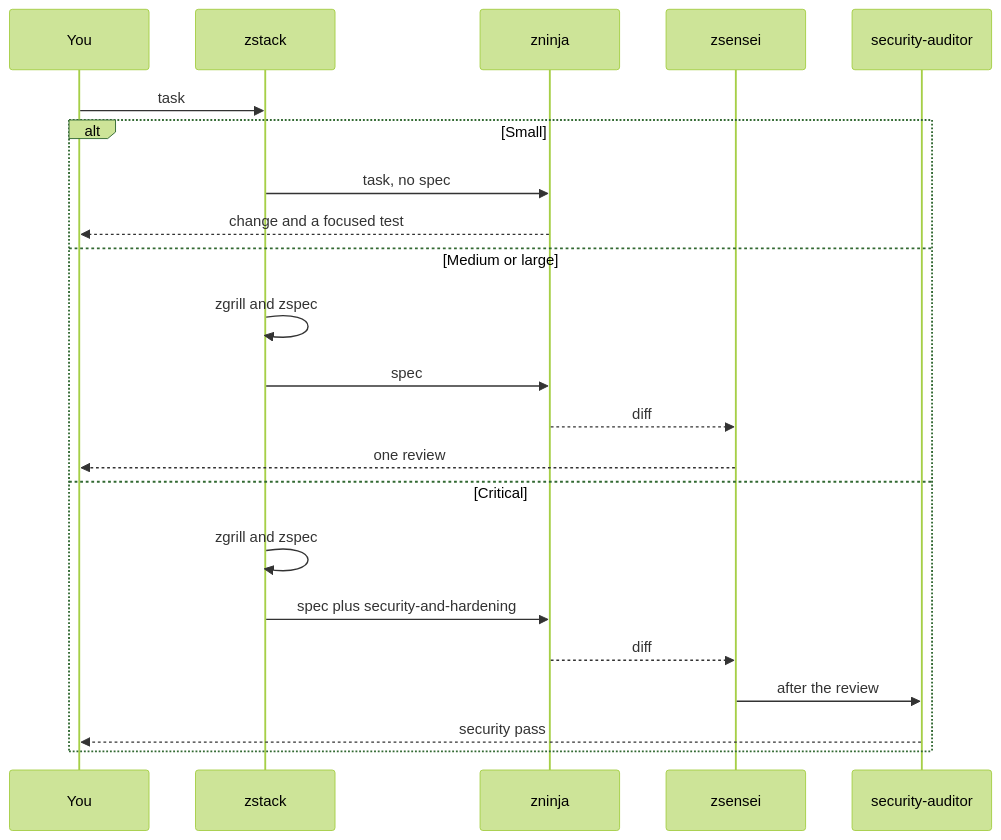
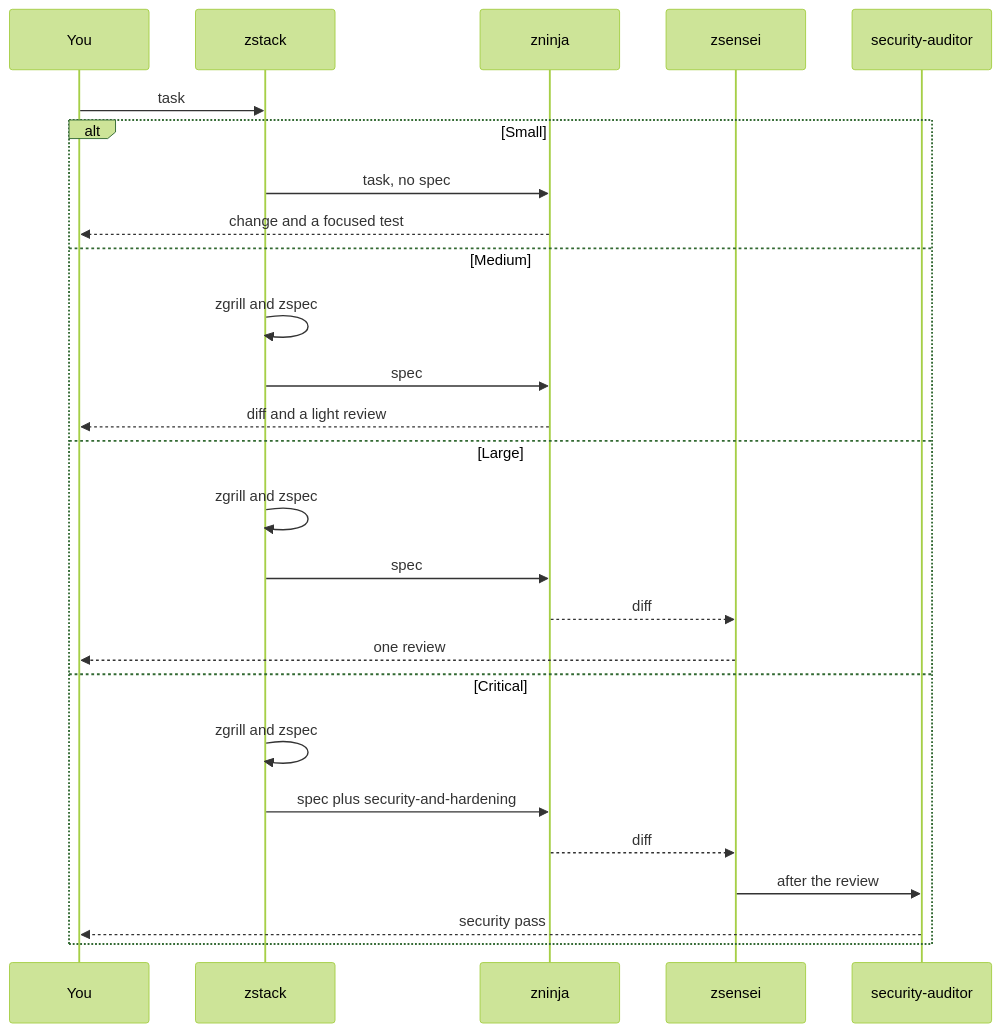
One commit to Byevenes/agent-workflow changed the second of 2 diagrams in docs/workflow.md. Above: the diagram before and after it, drawn with Mermaid (forest theme). The commit also changed other lines of this file and 19 other files, not shown here.

````diff
--- a/docs/workflow.md
+++ b/docs/workflow.md
@@ -22,25 +22,29 @@
 ```mermaid
 sequenceDiagram
   participant You
   participant Router as zstack
   participant Impl as zninja
   participant Review as zsensei
   participant Audit as security-auditor
 
   You->>Router: task
   alt Small
     Router->>Impl: task, no spec
     Impl-->>You: change and a focused test
-  else Medium or large
+  else Medium
+    Router->>Router: zgrill and zspec
+    Router->>Impl: spec
+    Impl-->>You: diff and a light review
+  else Large
     Router->>Router: zgrill and zspec
     Router->>Impl: spec
     Impl-->>Review: diff
     Review-->>You: one review
   else Critical
     Router->>Router: zgrill and zspec
     Router->>Impl: spec plus security-and-hardening
     Impl-->>Review: diff
     Review->>Audit: after the review
     Audit-->>You: security pass
   end
 ```
````
